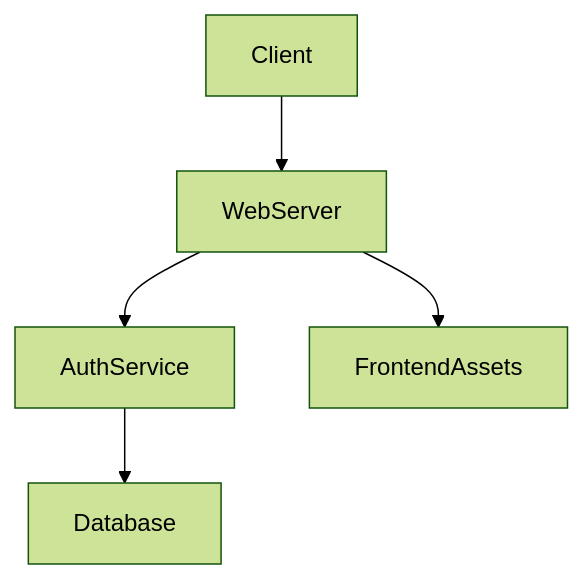
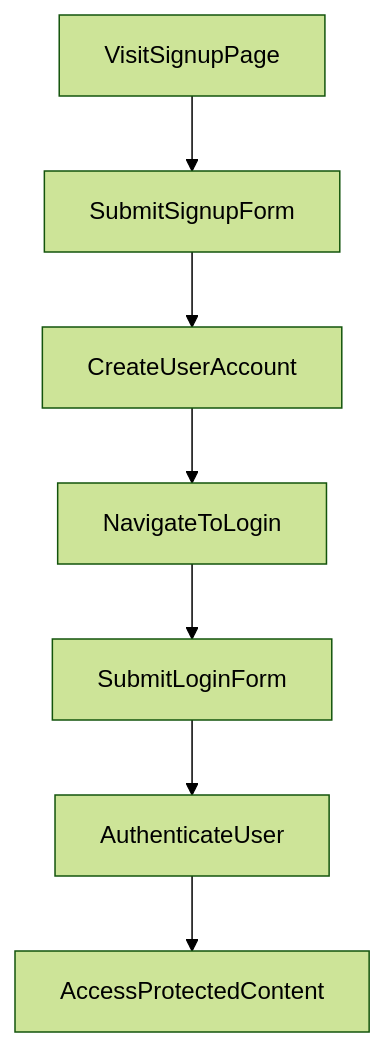
The diagram in README.md (yogithasivakumar/CosmicTales), drawn with Mermaid (forest theme) before and after one commit. The commit also changed other lines of this file, not shown here.

````diff
--- a/README.md
+++ b/README.md
@@ -11,7 +21,9 @@
 ```mermaid
 flowchart TD
-    Client --> WebServer
-    WebServer --> AuthService
-    AuthService --> Database
-    WebServer --> FrontendAssets
+    VisitSignupPage --> SubmitSignupForm
+    SubmitSignupForm --> CreateUserAccount
+    CreateUserAccount --> NavigateToLogin
+    NavigateToLogin --> SubmitLoginForm
+    SubmitLoginForm --> AuthenticateUser
+    AuthenticateUser --> AccessProtectedContent
 ```
````
